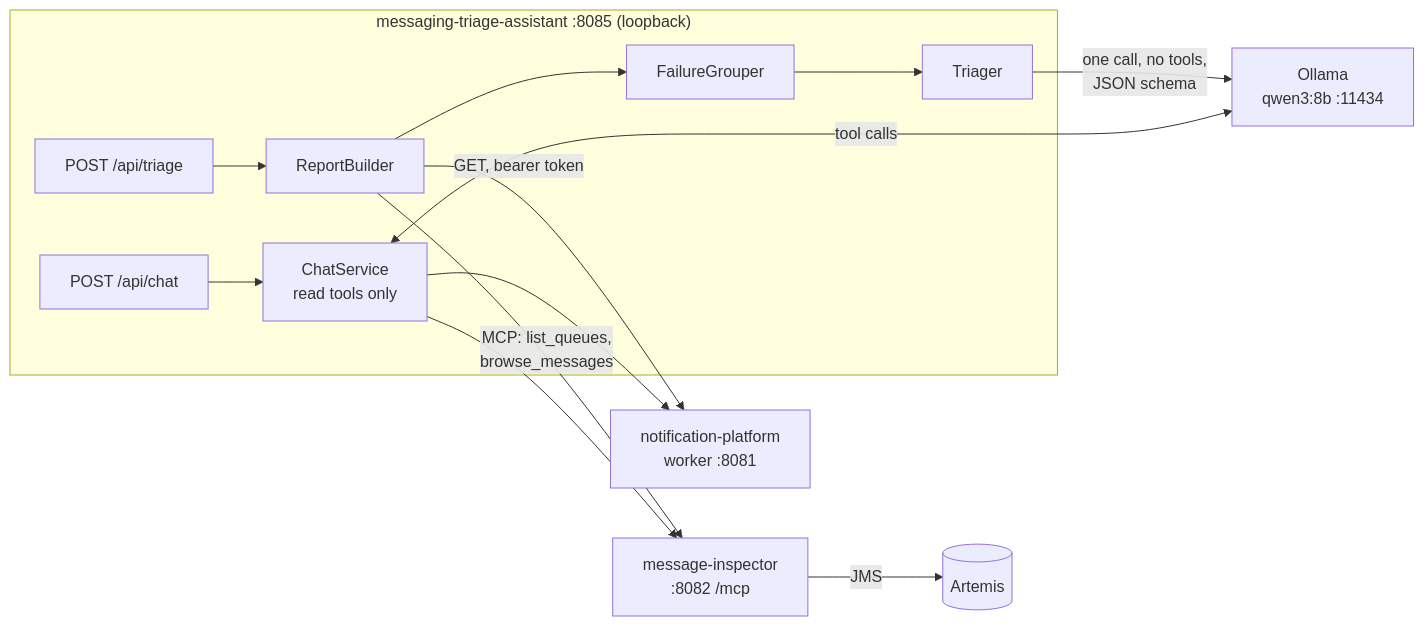
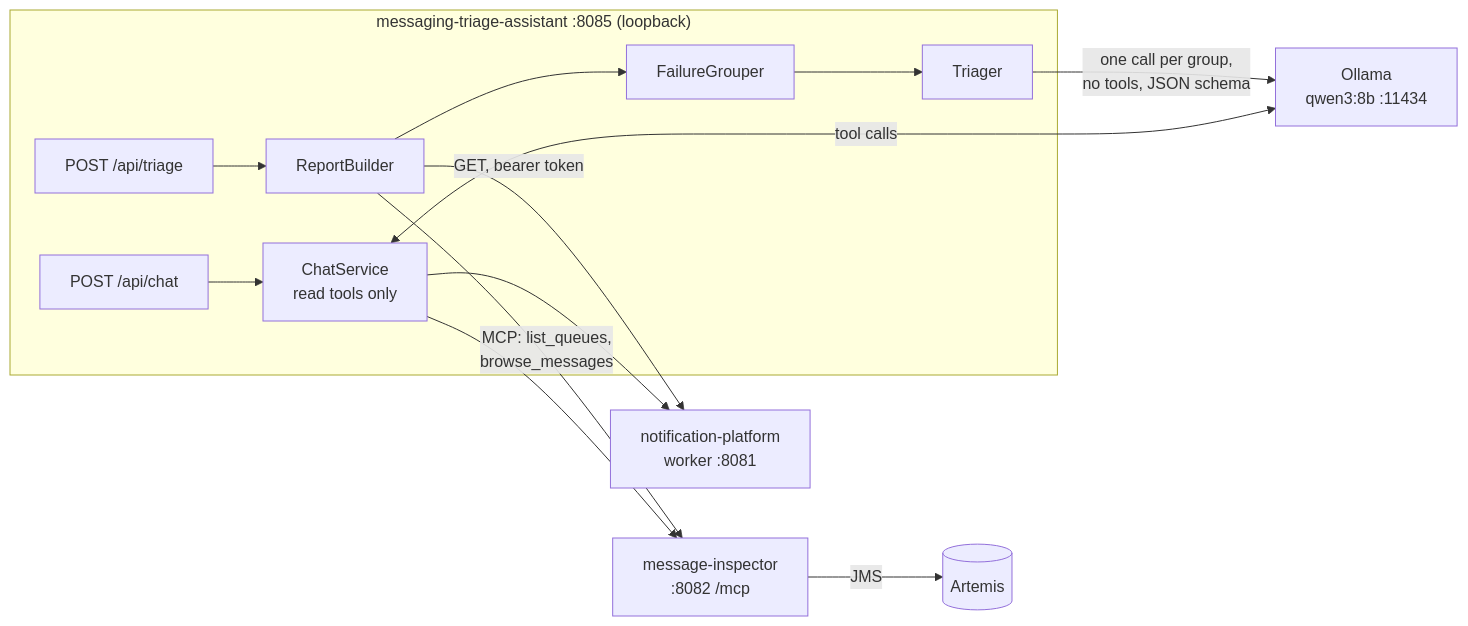
Before and after one commit to Jason-McKay/messaging-triage-assistant: the diagram in README.md, drawn with Mermaid. The commit also changed other lines of this file, not shown here.

Commit message:
docs: finish the README for per-group calls, flags and the eval set

````diff
--- a/README.md
+++ b/README.md
@@ -20,16 +20,16 @@
 ```mermaid
 flowchart LR
   subgraph app["messaging-triage-assistant :8085 (loopback)"]
     T["POST /api/triage"] --> RB[ReportBuilder]
     RB --> G[FailureGrouper]
     G --> TR[Triager]
     C["POST /api/chat"] --> CS["ChatService<br/>read tools only"]
   end
   RB -- "GET, bearer token" --> NPW["notification-platform<br/>worker :8081"]
   RB -- "MCP: list_queues,<br/>browse_messages" --> MI["message-inspector<br/>:8082 /mcp"]
   MI -- JMS --> AR[("Artemis")]
-  TR -- "one call, no tools,<br/>JSON schema" --> OL["Ollama<br/>qwen3:8b :11434"]
+  TR -- "one call per group,<br/>no tools, JSON schema" --> OL["Ollama<br/>qwen3:8b :11434"]
   CS <-- "tool calls" --> OL
   CS --> NPW
   CS --> MI
 ```
````
